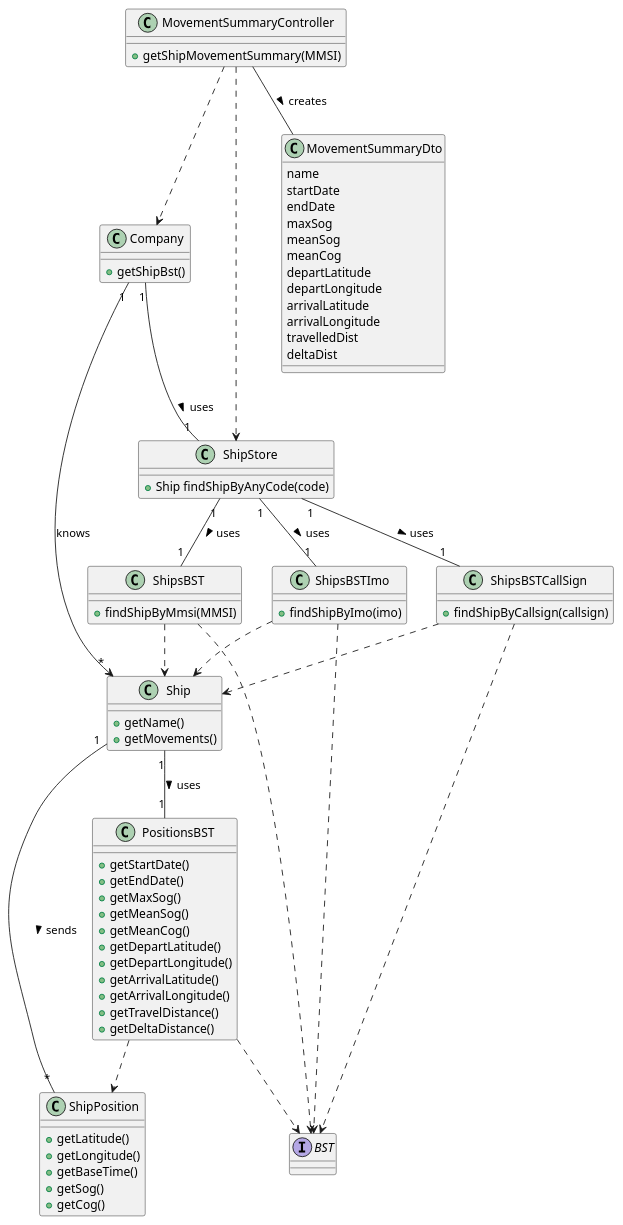
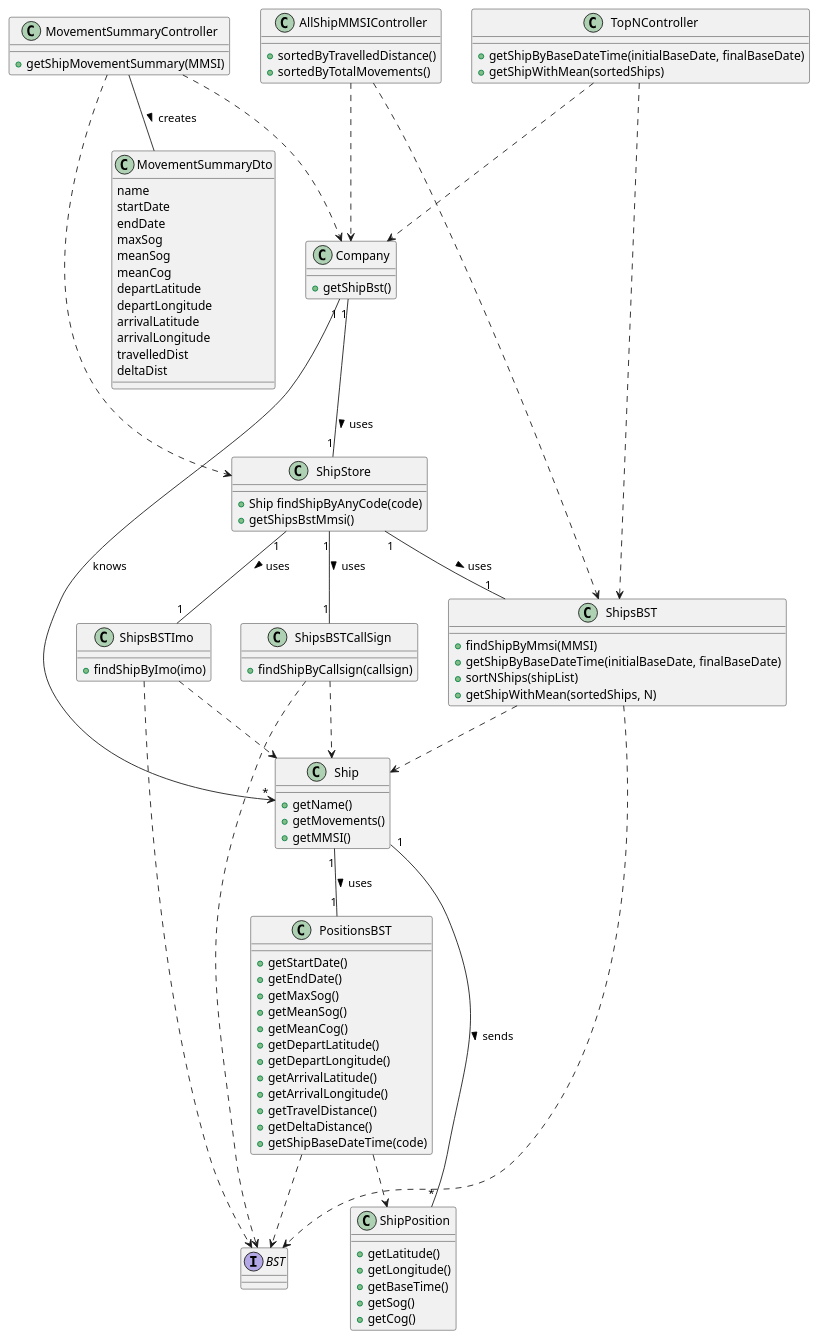
One commit to ana-albergaria/LAPR3-ISEP changed the diagram in docs/CD_General.puml. Above: the diagram before and after it, drawn with PlantUML. The commit also changed 2 other files, not shown here.

```diff
--- a/docs/CD_General.puml
+++ b/docs/CD_General.puml
@@ -1,91 +1,112 @@
 @startuml
 'https://plantuml.com/class-diagram
 
 
 class Company{
     +getShipBst()
 }
 Interface BST{}
 
 class Ship {
     +getName()
     +getMovements()
+    +getMMSI()
 }
 
 class ShipsBST{
     +findShipByMmsi(MMSI)
+    +getShipByBaseDateTime(initialBaseDate, finalBaseDate)
+    +sortNShips(shipList)
+    +getShipWithMean(sortedShips, N)
 }
 
 class ShipsBSTImo{
     +findShipByImo(imo)
 }
 class ShipsBSTCallSign{
      +findShipByCallsign(callsign)
  }
 
 class ShipStore{
    +Ship findShipByAnyCode(code)
+   +getShipsBstMmsi()
 }
 class ShipPosition{
     +getLatitude()
     +getLongitude()
     +getBaseTime()
     +getSog()
     +getCog()
 }
 
 class PositionsBST {
     +getStartDate()
     +getEndDate()
     +getMaxSog()
     +getMeanSog()
     +getMeanCog()
     +getDepartLatitude()
     +getDepartLongitude()
     +getArrivalLatitude()
     +getArrivalLongitude()
     +getTravelDistance()
     +getDeltaDistance()
+    +getShipBaseDateTime(code)
 }
 
 
 class MovementSummaryController {
 +getShipMovementSummary(MMSI)
 }
 
 class MovementSummaryDto{
     name
     startDate
     endDate
     maxSog
     meanSog
     meanCog
     departLatitude
     departLongitude
     arrivalLatitude
     arrivalLongitude
     travelledDist
     deltaDist
 }
 
+class AllShipMMSIController {
+    +sortedByTravelledDistance()
+    +sortedByTotalMovements()
+}
+
+class TopNController {
+    +getShipByBaseDateTime(initialBaseDate, finalBaseDate)
+    +getShipWithMean(sortedShips)
+}
+
 
 MovementSummaryController ..> Company
 MovementSummaryController ..> ShipStore
 MovementSummaryController -- MovementSummaryDto: creates >
 Company "1" --> "*" Ship : knows
 Company "1" -- "1" ShipStore : uses >
 ShipStore "1" -- "1" ShipsBSTCallSign : uses >
 ShipStore "1" -- "1" ShipsBST : uses >
 ShipStore "1" -- "1" ShipsBSTImo : uses >
 ShipsBST ..> Ship
 ShipsBSTImo ..> Ship
 ShipsBSTCallSign ..> Ship
 Ship "1" -- "*" ShipPosition : sends >
 Ship "1" -- "1" PositionsBST : uses >
 PositionsBST ..> ShipPosition
 ShipsBST ..> BST
 ShipsBSTImo ..> BST
 ShipsBSTCallSign ..> BST
 PositionsBST ..> BST
+AllShipMMSIController ..> ShipsBST
+AllShipMMSIController ..> Company
+TopNController ..> ShipsBST
+TopNController ..> Company
+
 
 @enduml
```
